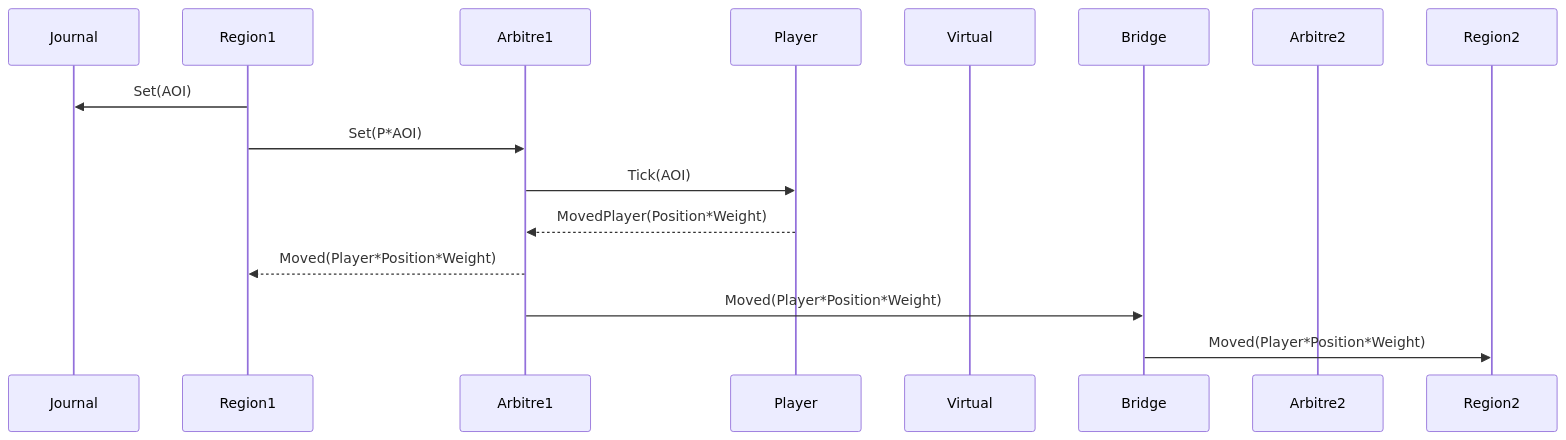
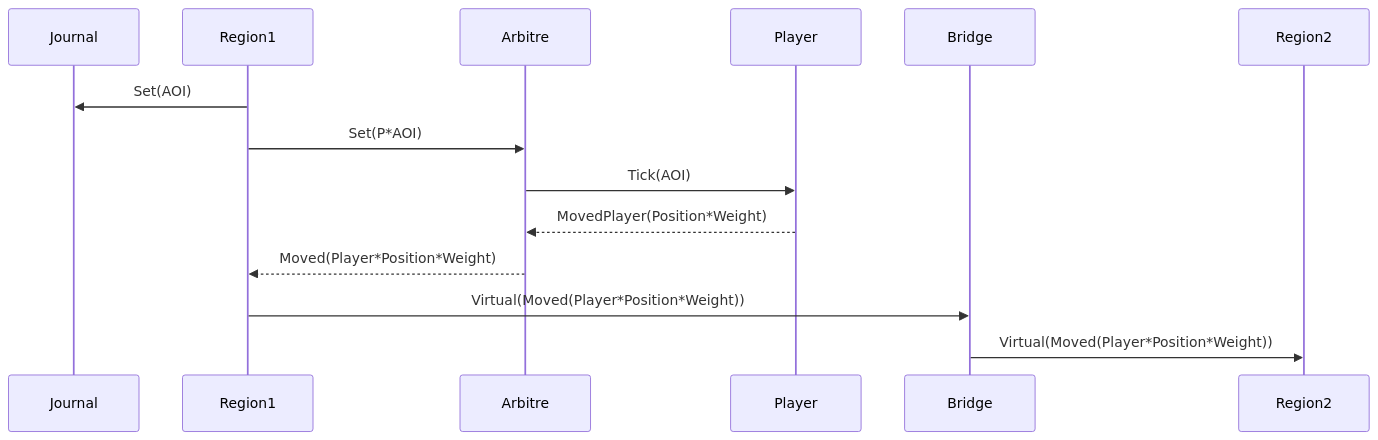
Before and after one commit to agtors/agar.core: the diagram in doc/remote-interaction-between-players.mermaid, drawn with Mermaid.

```diff
--- a/doc/remote-interaction-between-players.mermaid
+++ b/doc/remote-interaction-between-players.mermaid
@@ -1,17 +1,16 @@
 sequenceDiagram
     participant Journal
     participant Region1
-    participant Arbitre1
+    participant Arbitre
     participant Player
-    participant Virtual
     participant Bridge
-    participant Arbitre2
     participant Region2
 
+
 Region1  ->>  Journal:Set(AOI)
-Region1  ->>  Arbitre1:Set(P*AOI)
-Arbitre1 ->>  Player:Tick(AOI)
-Player   -->> Arbitre1: MovedPlayer(Position*Weight)
-Arbitre1 -->> Region1:Moved(Player*Position*Weight)
-Arbitre1 ->>  Bridge:Moved(Player*Position*Weight)
-Bridge   ->>  Region2:Moved(Player*Position*Weight)
+Region1  ->>  Arbitre:Set(P*AOI)
+Arbitre  ->>  Player:Tick(AOI)
+Player   -->> Arbitre:MovedPlayer(Position*Weight)
+Arbitre  -->> Region1:Moved(Player*Position*Weight)
+Region1  ->>  Bridge:Virtual(Moved(Player*Position*Weight))
+Bridge   ->>  Region2:Virtual(Moved(Player*Position*Weight))
```
